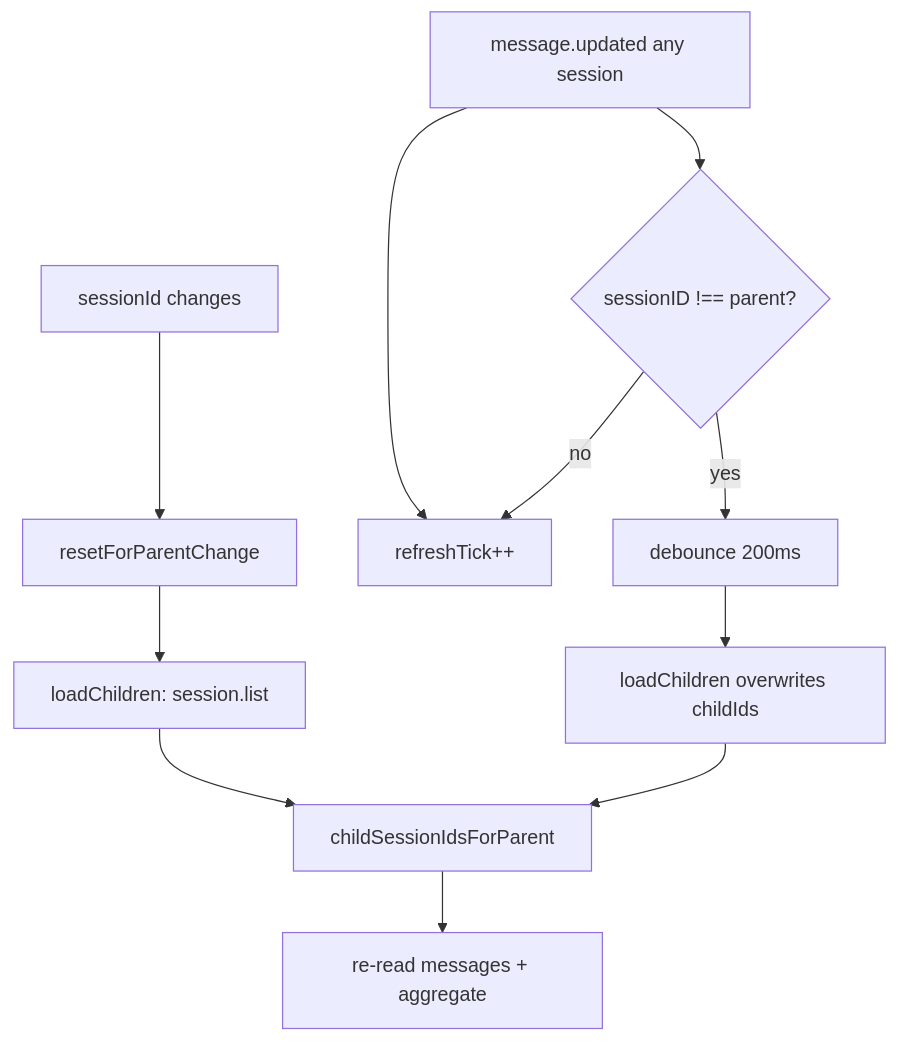
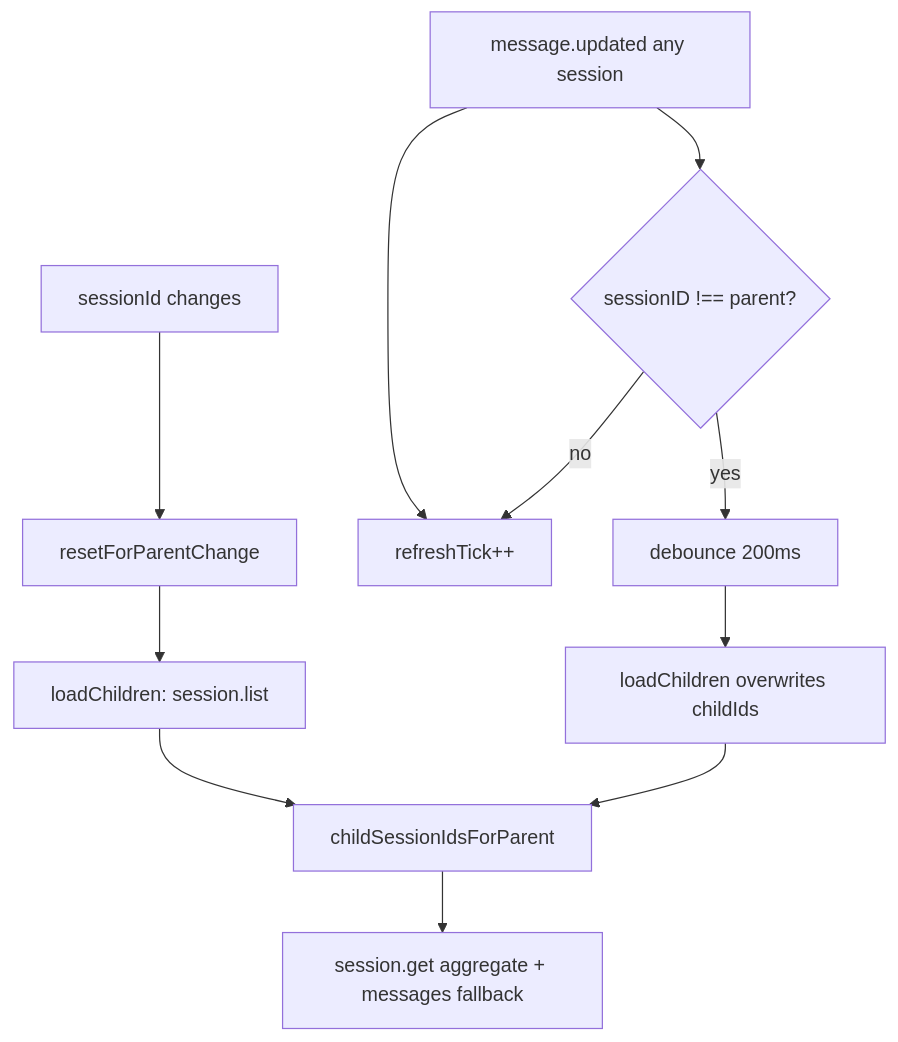
One commit to joaomj/opencode-cache-hit-plugin changed the third of 4 diagrams in docs/en/design.md. Above: the diagram before and after it, drawn with Mermaid. The commit also changed other lines of this file and 11 other files, not shown here.

First line of the commit message:
fix: use session.get() aggregates to bypass 100-message cap

````diff
--- a/docs/en/design.md
+++ b/docs/en/design.md
@@ -105,13 +106,13 @@
 ```mermaid
 flowchart TD
   A[sessionId changes] --> B[resetForParentChange]
   B --> C[loadChildren: session.list]
   E[message.updated any session] --> R[refreshTick++]
   E --> F{sessionID !== parent?}
   F -->|yes| G[debounce 200ms]
   G --> C2[loadChildren overwrites childIds]
   F -->|no| R
   C --> H[childSessionIdsForParent]
   C2 --> H
-  H --> I[re-read messages + aggregate]
+  H --> I["session.get aggregate + messages fallback"]
 ```
````
